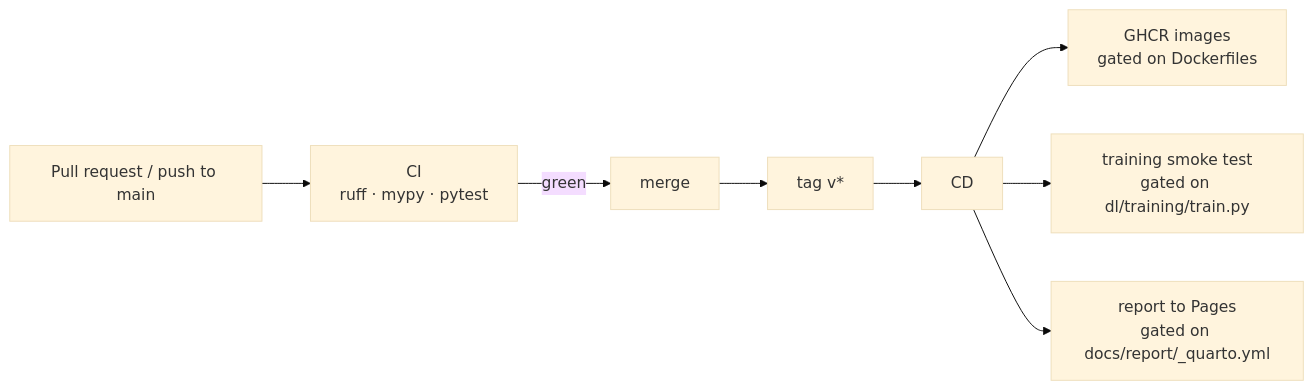
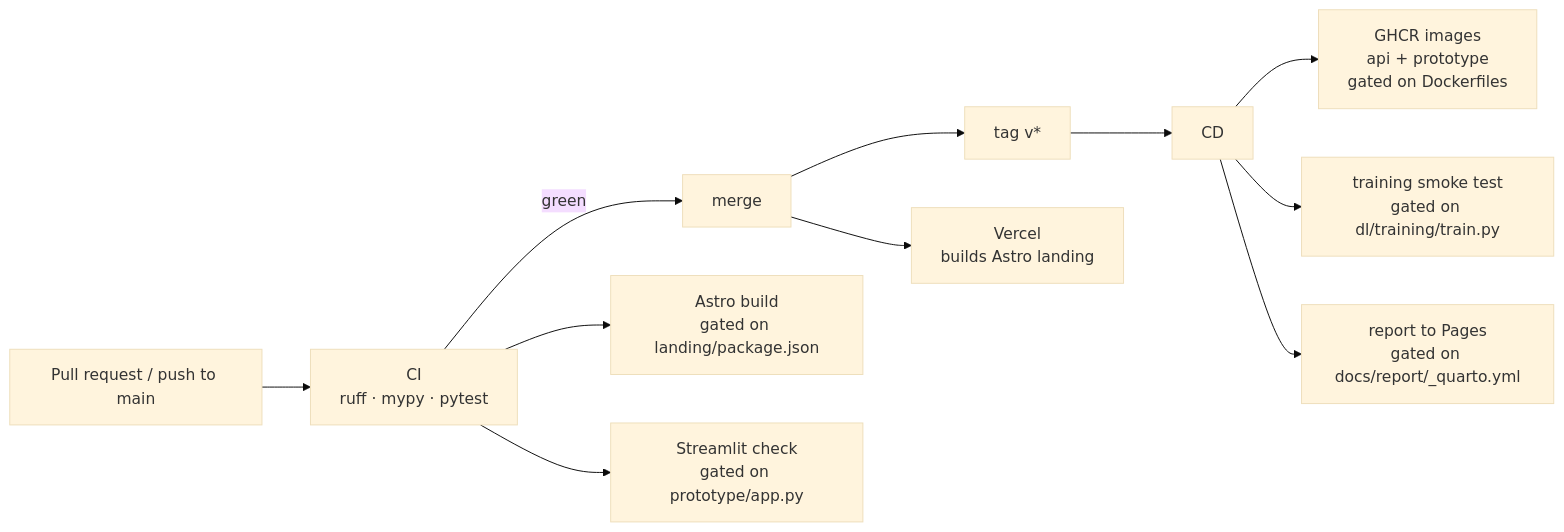
The fourth of 5 diagrams in docs/architecture/README.md (adriansalvadorekomo/RoadAnomaly), drawn with Mermaid (base theme) before and after one commit. The commit also changed other lines of this file and 36 other files, not shown here.

First line of the commit message:
docs: align target stack with TensorFlow, Astro and Streamlit

````diff
--- a/docs/architecture/README.md
+++ b/docs/architecture/README.md
@@ -139,10 +182,13 @@
 ```mermaid
 flowchart LR
   PR["Pull request / push to main"] --> CI["CI<br/>ruff · mypy · pytest"]
   CI -->|green| MERGE["merge"]
   MERGE --> TAG["tag v*"]
   TAG --> CD["CD"]
-  CD --> IMG["GHCR images<br/>gated on Dockerfiles"]
+  CD --> IMG["GHCR images<br/>api + prototype<br/>gated on Dockerfiles"]
   CD --> SMOKE["training smoke test<br/>gated on dl/training/train.py"]
   CD --> PAGES["report to Pages<br/>gated on docs/report/_quarto.yml"]
+  MERGE --> VERCEL["Vercel<br/>builds Astro landing"]
+  CI --> LAND["Astro build<br/>gated on landing/package.json"]
+  CI --> PROTO["Streamlit check<br/>gated on prototype/app.py"]
 ```
````
